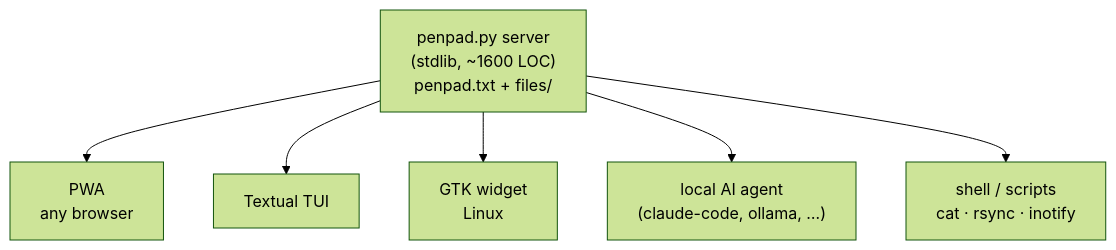
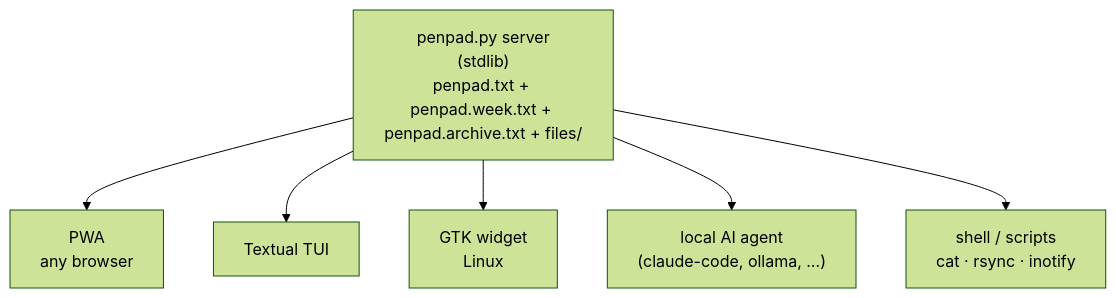
One commit to akakabrian/penpad changed the diagram in README.md. Above: the diagram before and after it, drawn with Mermaid (forest theme). The commit also changed other lines of this file and 11 other files, not shown here.

````diff
--- a/README.md
+++ b/README.md
@@ -41,9 +46,9 @@
 ```mermaid
 flowchart TD
-  S["penpad.py server<br/>(stdlib, ~1600 LOC)<br/>penpad.txt + files/"]
+  S["penpad.py server<br/>(stdlib)<br/>penpad.txt + penpad.week.txt + penpad.archive.txt + files/"]
   S --> PWA["PWA<br/>any browser"]
   S --> TUI["Textual TUI"]
   S --> W["GTK widget<br/>Linux"]
   S --> A["local AI agent<br/>(claude-code, ollama, …)"]
   S --> SH["shell / scripts<br/>cat · rsync · inotify"]
 ```
````
